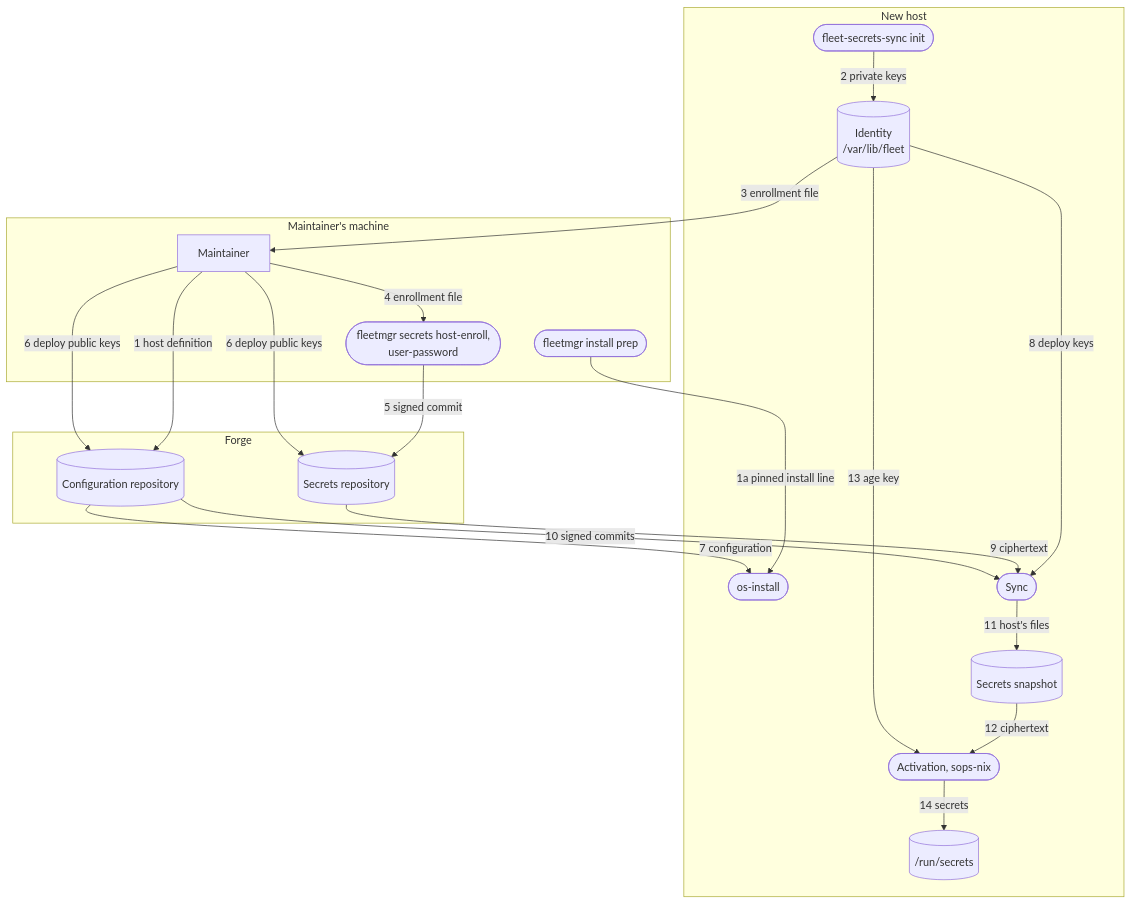
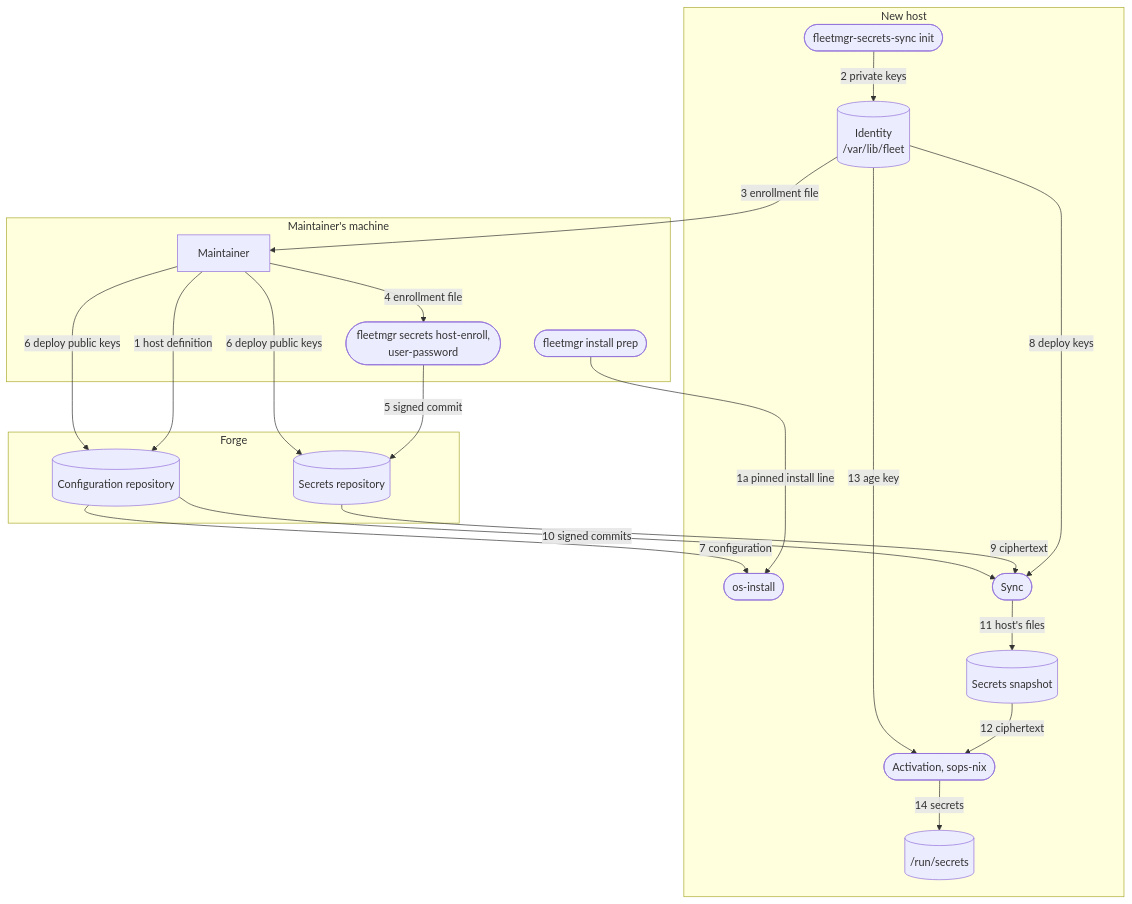
The diagram in docs/installing.md (nnishant776/fleet-manager), drawn with Mermaid before and after one commit. The commit also changed other lines of this file and 44 other files, not shown here.

First line of the commit message:
feat(fleet)!: the programs and services on hosts are fleetmgr-*

````diff
--- a/docs/installing.md
+++ b/docs/installing.md
@@ -185,38 +185,38 @@
 ```mermaid
 flowchart TB
     subgraph maintainer["Maintainer's machine"]
         you["Maintainer"]
         prep(["fleetmgr install prep"])
         enroll(["fleetmgr secrets host-enroll,<br/>user-password"])
     end
     subgraph forge["Forge"]
         secrets[("Secrets repository")]
         config[("Configuration repository")]
     end
     subgraph host["New host"]
-        init(["fleet-secrets-sync init"])
+        init(["fleetmgr-secrets-sync init"])
         identity[("Identity<br/>/var/lib/fleet")]
         install(["os-install"])
         sync(["Sync"])
         snapshot[("Secrets snapshot")]
         activation(["Activation, sops-nix"])
         decrypted[("/run/secrets")]
     end
 
     you -- "1 host definition" --> config
     prep -- "1a pinned install line" --> install
     init -- "2 private keys" --> identity
     identity -- "3 enrollment file" --> you
     you -- "4 enrollment file" --> enroll
     enroll -- "5 signed commit" --> secrets
     you -- "6 deploy public keys" --> secrets
     you -- "6 deploy public keys" --> config
     config -- "7 configuration" --> install
     identity -- "8 deploy keys" --> sync
     secrets -- "9 ciphertext" --> sync
     config -- "10 signed commits" --> sync
     sync -- "11 host's files" --> snapshot
     snapshot -- "12 ciphertext" --> activation
     identity -- "13 age key" --> activation
     activation -- "14 secrets" --> decrypted
 ```
````
